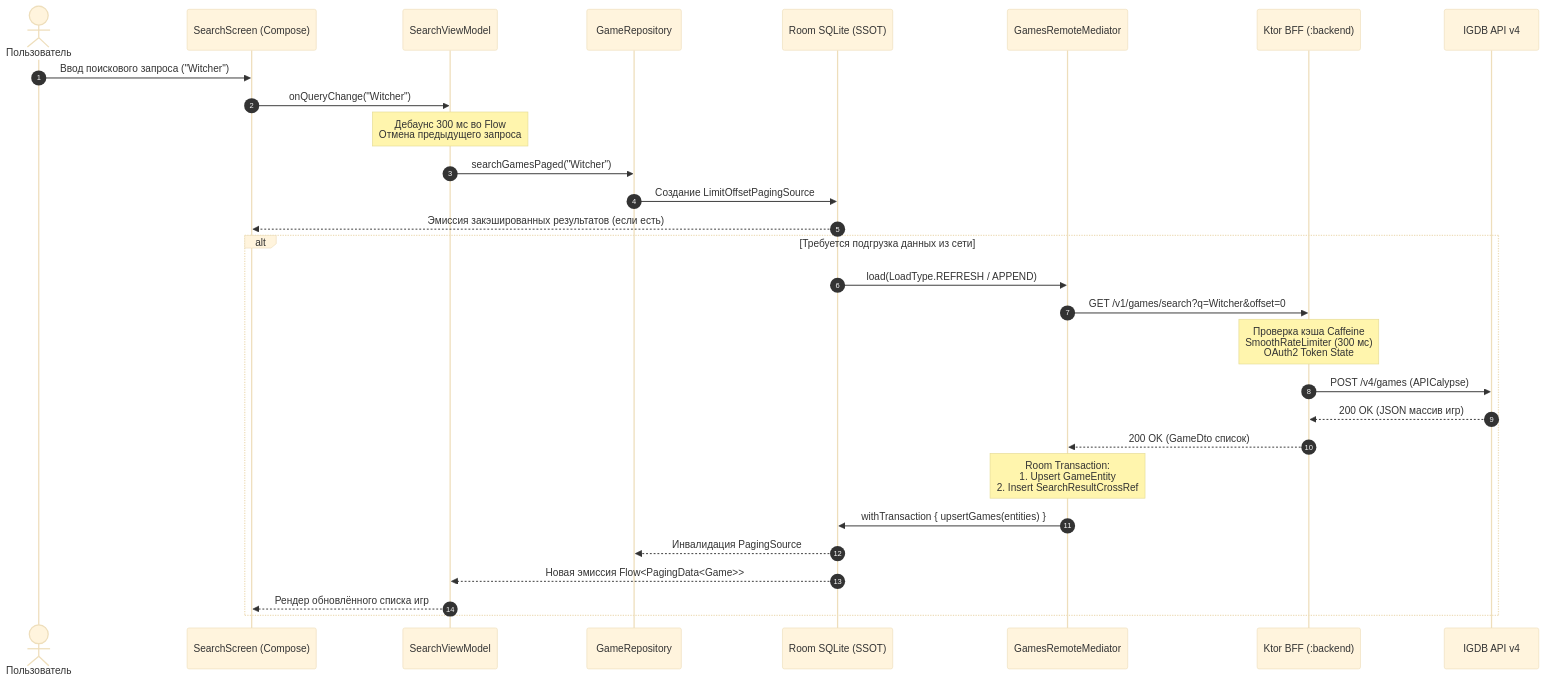
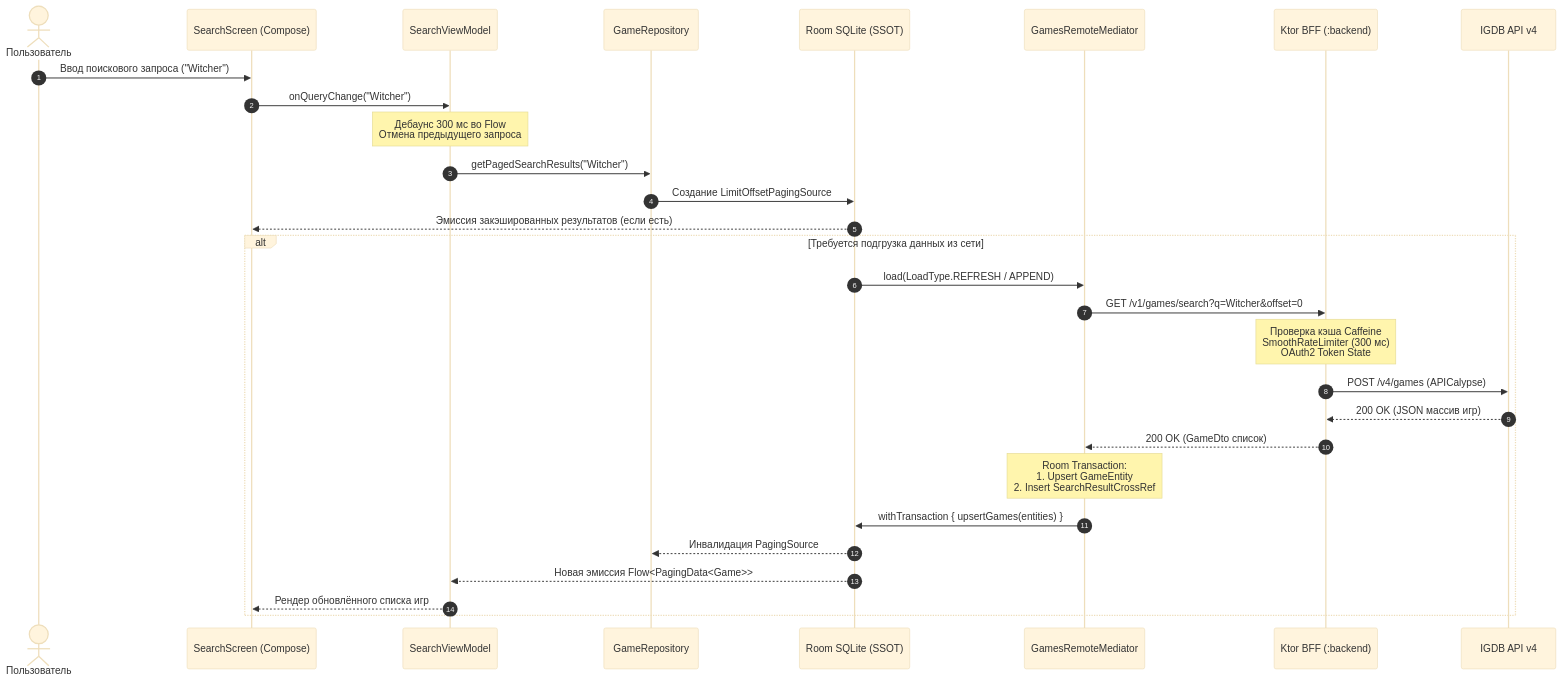
One commit to TypeNil/game-tracker-app changed the second of 2 diagrams in docs/ARCHITECTURE.md. Above: the diagram before and after it, drawn with Mermaid (base theme). The commit also changed other lines of this file and 38 other files, not shown here.

````diff
--- a/docs/ARCHITECTURE.md
+++ b/docs/ARCHITECTURE.md
@@ -61,33 +61,33 @@
 ```mermaid
 sequenceDiagram
     autonumber
     actor User as Пользователь
     participant Screen as SearchScreen (Compose)
     participant VM as SearchViewModel
     participant Repo as GameRepository
     participant Room as Room SQLite (SSOT)
     participant Mediator as GamesRemoteMediator
     participant BFF as Ktor BFF (:backend)
     participant IGDB as IGDB API v4
 
     User->>Screen: Ввод поискового запроса ("Witcher")
     Screen->>VM: onQueryChange("Witcher")
     Note over VM: Дебаунс 300 мс во Flow<br/>Отмена предыдущего запроса
-    VM->>Repo: searchGamesPaged("Witcher")
+    VM->>Repo: getPagedSearchResults("Witcher")
     Repo->>Room: Создание LimitOffsetPagingSource
     Room-->>Screen: Эмиссия закэшированных результатов (если есть)
 
     alt Требуется подгрузка данных из сети
         Room->>Mediator: load(LoadType.REFRESH / APPEND)
         Mediator->>BFF: GET /v1/games/search?q=Witcher&offset=0
         Note over BFF: Проверка кэша Caffeine<br/>SmoothRateLimiter (300 мс)<br/>OAuth2 Token State
         BFF->>IGDB: POST /v4/games (APICalypse)
         IGDB-->>BFF: 200 OK (JSON массив игр)
         BFF-->>Mediator: 200 OK (GameDto список)
         Note over Mediator: Room Transaction:<br/>1. Upsert GameEntity<br/>2. Insert SearchResultCrossRef
         Mediator->>Room: withTransaction { upsertGames(entities) }
         Room-->>Repo: Инвалидация PagingSource
         Room-->>VM: Новая эмиссия Flow<PagingData<Game>>
         VM-->>Screen: Рендер обновлённого списка игр
     end
 ```
````
